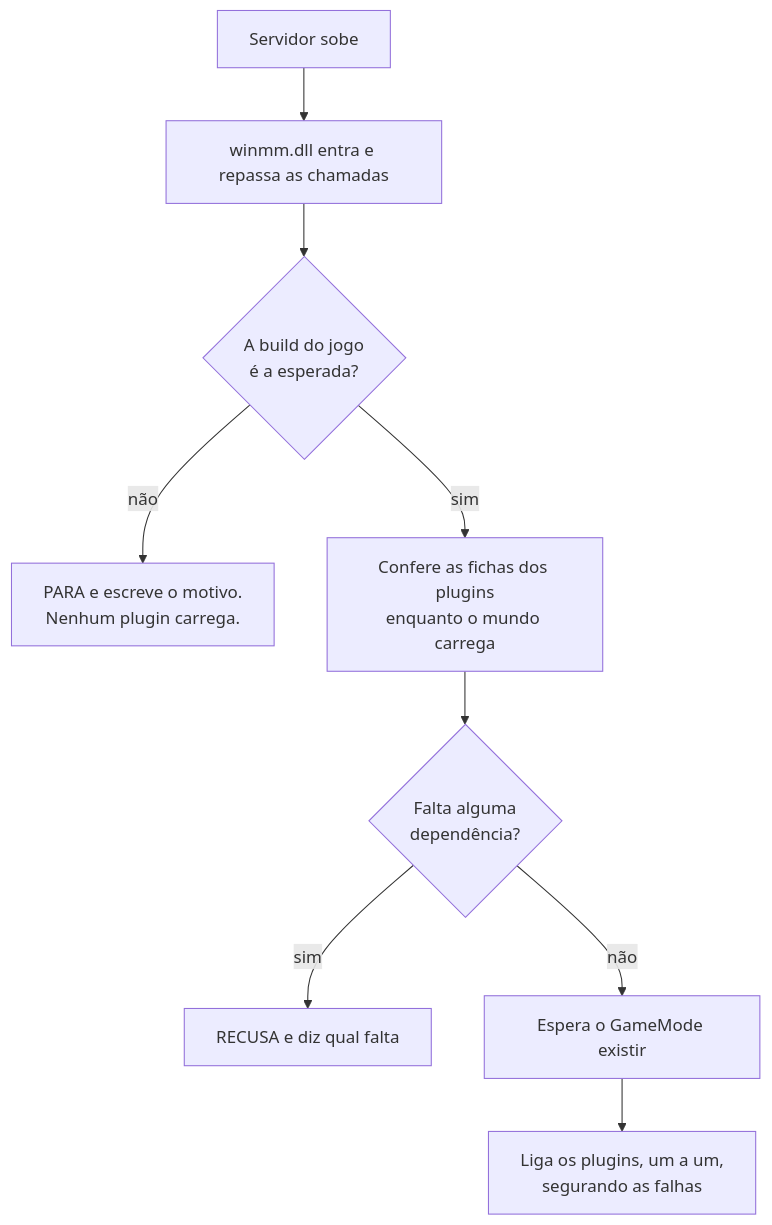
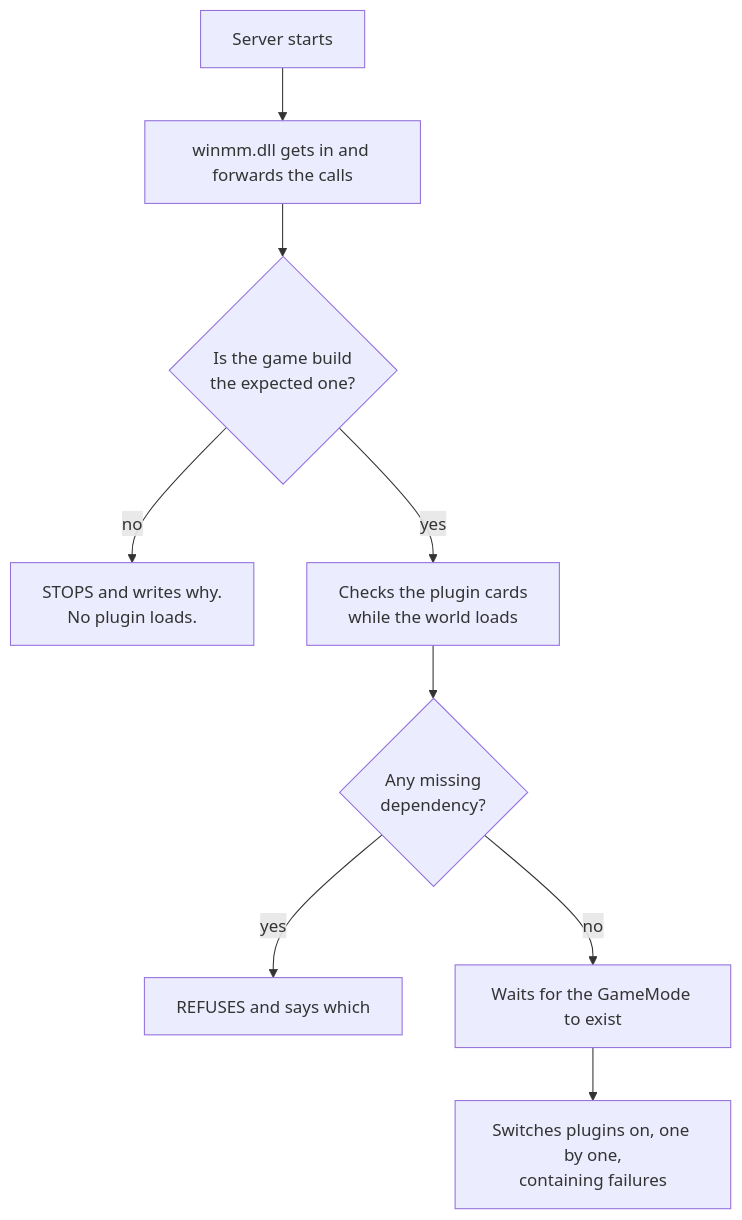
Before and after one commit to andrew-mauricio/Conan-Api: the diagram in README.md, drawn with Mermaid. The commit also changed other lines of this file and 5 other files, not shown here.

````diff
--- a/README.md
+++ b/README.md
@@ -175,11 +420,11 @@
 ```mermaid
 flowchart TD
-    A[Servidor sobe] --> B[winmm.dll entra e repassa as chamadas]
-    B --> C{A build do jogo<br/>é a esperada?}
-    C -->|não| D[PARA e escreve o motivo.<br/>Nenhum plugin carrega.]
-    C -->|sim| E[Confere as fichas dos plugins<br/>enquanto o mundo carrega]
-    E --> F{Falta alguma<br/>dependência?}
-    F -->|sim| G[RECUSA e diz qual falta]
-    F -->|não| H[Espera o GameMode existir]
-    H --> I[Liga os plugins, um a um,<br/>segurando as falhas]
+    A[Server starts] --> B[winmm.dll gets in and forwards the calls]
+    B --> C{Is the game build<br/>the expected one?}
+    C -->|no| D[STOPS and writes why.<br/>No plugin loads.]
+    C -->|yes| E[Checks the plugin cards<br/>while the world loads]
+    E --> F{Any missing<br/>dependency?}
+    F -->|yes| G[REFUSES and says which]
+    F -->|no| H[Waits for the GameMode to exist]
+    H --> I[Switches plugins on, one by one,<br/>containing failures]
 ```
````
